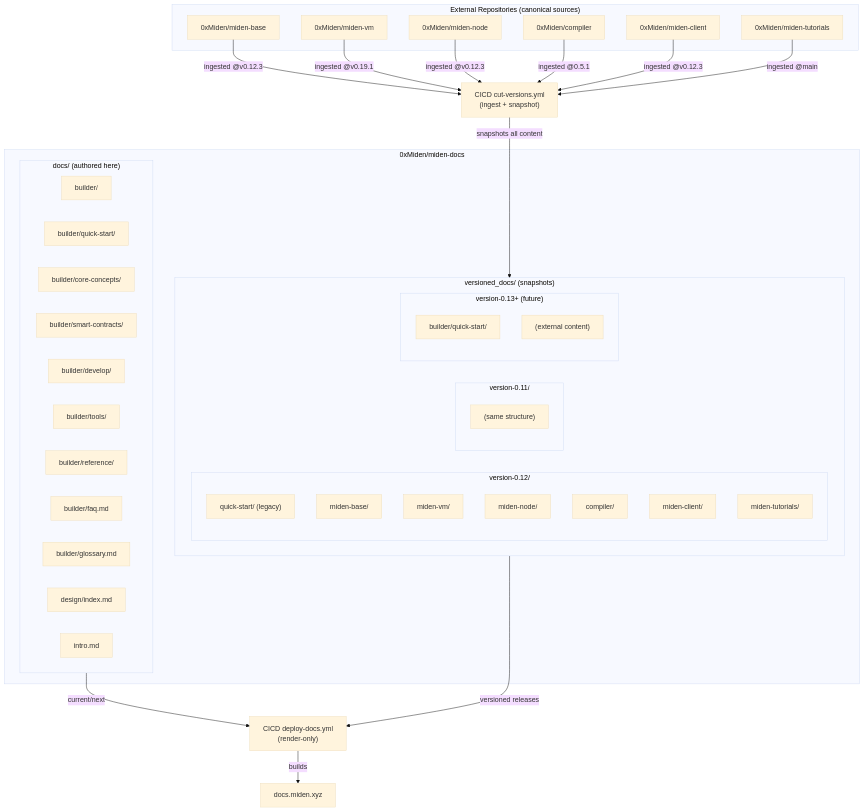
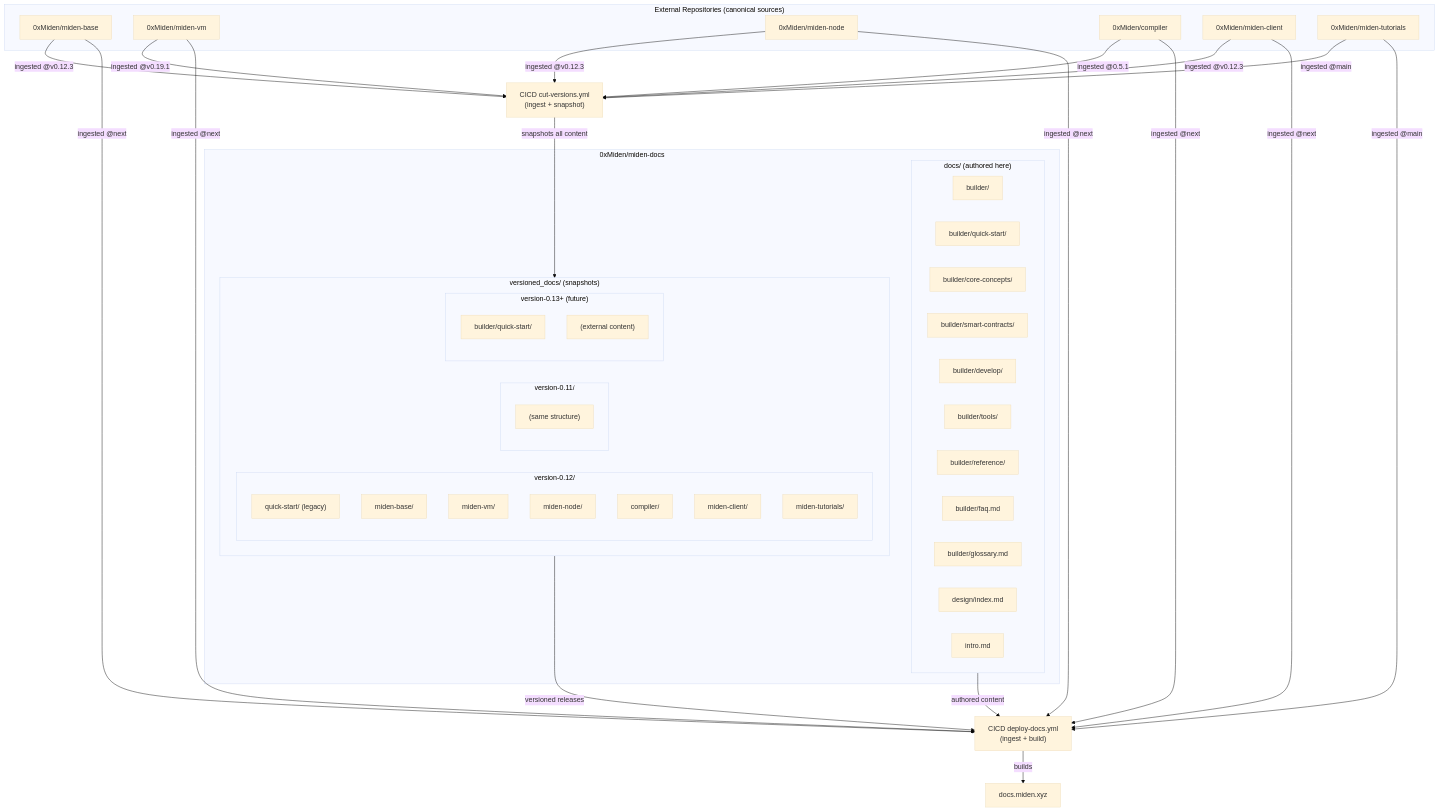
Before and after one commit to 0xMiden/miden-docs: the diagram in README.md, drawn with Mermaid (base theme). The commit also changed other lines of this file and 3 other files, not shown here.

````diff
--- a/README.md
+++ b/README.md
@@ -13,65 +13,72 @@
 ```mermaid
 flowchart TD
     subgraph ThisRepo["0xMiden/miden-docs"]
         subgraph DocsDir["docs/ (authored here)"]
             BuilderDir["builder/"]
             BuilderQS["builder/quick-start/"]
             BuilderCore["builder/core-concepts/"]
             BuilderSC["builder/smart-contracts/"]
             BuilderDev["builder/develop/"]
             BuilderTools["builder/tools/"]
             BuilderRef["builder/reference/"]
             BuilderFAQ["builder/faq.md"]
             BuilderGlossary["builder/glossary.md"]
             DesignLanding["design/index.md"]
             Intro["intro.md"]
         end
 
         subgraph VersionedDocs["versioned_docs/ (snapshots)"]
             subgraph V012["version-0.12/"]
                 V012QS["quick-start/ (legacy)"]
                 V012Base["miden-base/"]
                 V012VM["miden-vm/"]
                 V012Node["miden-node/"]
                 V012Compiler["compiler/"]
                 V012Client["miden-client/"]
                 V012Tutorials["miden-tutorials/"]
             end
             subgraph V011["version-0.11/"]
                 V011Content["(same structure)"]
             end
             subgraph VFuture["version-0.13+ (future)"]
                 VFutureBuilder["builder/quick-start/"]
                 VFutureExternal["(external content)"]
             end
         end
     end
 
     subgraph ExternalRepos["External Repositories (canonical sources)"]
         MidenBase["0xMiden/miden-base"]
         MidenVM["0xMiden/miden-vm"]
         MidenNode["0xMiden/miden-node"]
         Compiler["0xMiden/compiler"]
         MidenClient["0xMiden/miden-client"]
         MidenTutorials["0xMiden/miden-tutorials"]
     end
 
     CutVersions["CICD cut-versions.yml<br/>(ingest + snapshot)"]
-    DeployDocs["CICD deploy-docs.yml<br/>(render-only)"]
+    DeployDocs["CICD deploy-docs.yml<br/>(ingest + build)"]
 
-    %% External repos feed into versioned_docs via cut-versions
+    %% External repos feed into both workflows
     MidenBase -->|"ingested @v0.12.3"| CutVersions
     MidenVM -->|"ingested @v0.19.1"| CutVersions
     MidenNode -->|"ingested @v0.12.3"| CutVersions
     Compiler -->|"ingested @0.5.1"| CutVersions
     MidenClient -->|"ingested @v0.12.3"| CutVersions
     MidenTutorials -->|"ingested @main"| CutVersions
 
+    MidenBase -->|"ingested @next"| DeployDocs
+    MidenVM -->|"ingested @next"| DeployDocs
+    MidenNode -->|"ingested @next"| DeployDocs
+    Compiler -->|"ingested @next"| DeployDocs
+    MidenClient -->|"ingested @next"| DeployDocs
+    MidenTutorials -->|"ingested @main"| DeployDocs
+
     CutVersions -->|"snapshots all content"| VersionedDocs
 
-    %% Deploy workflow reads both
-    DocsDir -->|"current/next"| DeployDocs
+    %% Deploy workflow uses authored + ingested + versioned
+    DocsDir -->|"authored content"| DeployDocs
     VersionedDocs -->|"versioned releases"| DeployDocs
 
     DeployDocs -->|"builds"| Site["docs.miden.xyz"]
 ```
````
